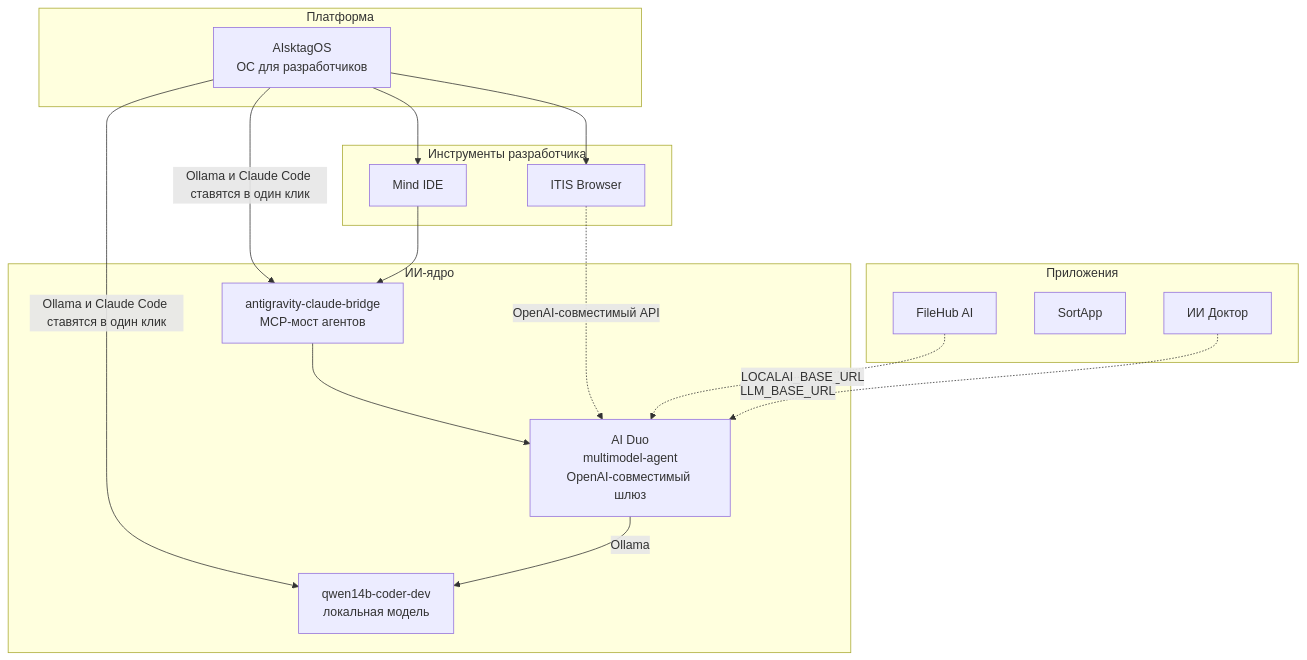
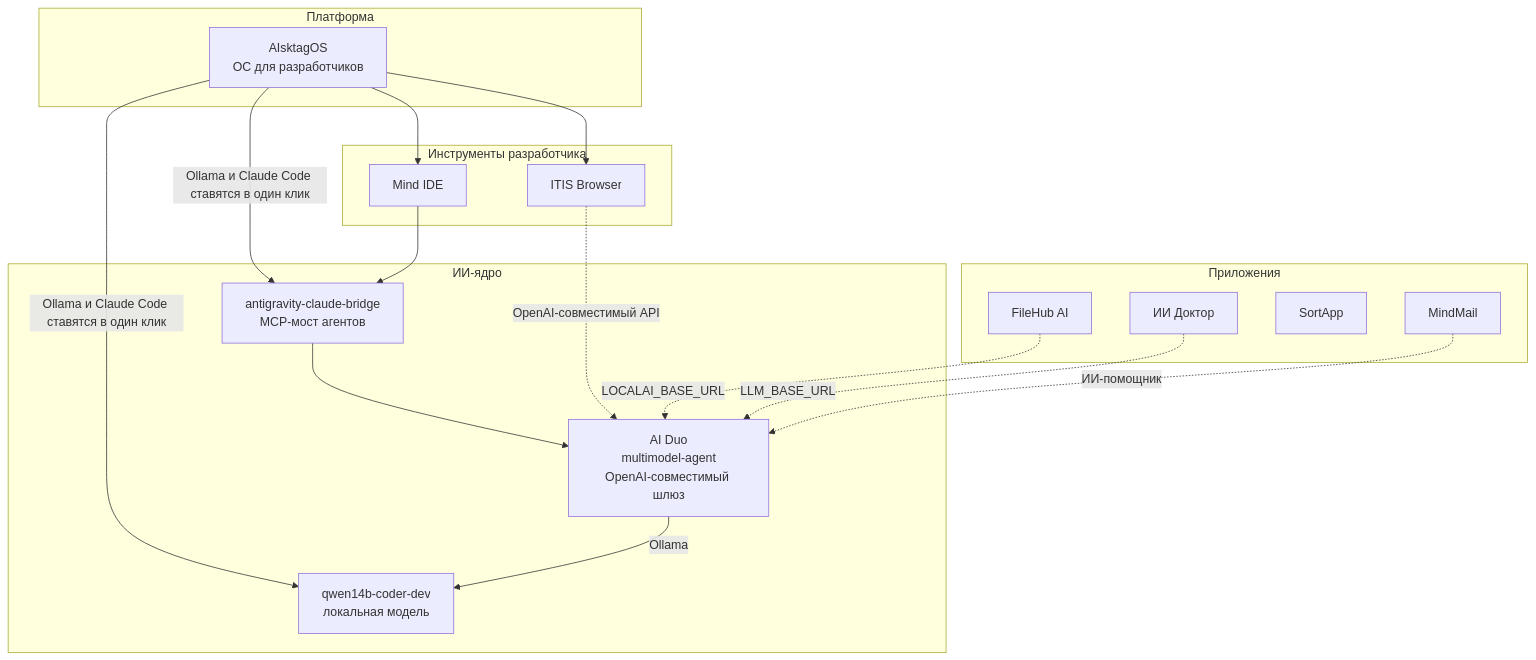
The diagram in README.md (tagiriskaliev18-hash/MindTagSystem), drawn with Mermaid before and after one commit. The commit also changed other lines of this file and 4 other files, not shown here.

First line of the commit message:
MindMail в экосистеме: реестр, README, описание проекта, дорожная карта

````diff
--- a/README.md
+++ b/README.md
@@ -45,29 +46,31 @@
 ```mermaid
 flowchart TB
     subgraph L1["Платформа"]
         OS["AIsktagOS<br/>ОС для разработчиков"]
     end
     subgraph L2["Инструменты разработчика"]
         IDE["Mind IDE"]
         BR["ITIS Browser"]
     end
     subgraph L3["ИИ-ядро"]
         GW["AI Duo<br/>multimodel-agent<br/>OpenAI-совместимый шлюз"]
         BRIDGE["antigravity-claude-bridge<br/>MCP-мост агентов"]
         QWEN["qwen14b-coder-dev<br/>локальная модель"]
     end
     subgraph L4["Приложения"]
+        MM["MindMail"]
         FH["FileHub AI"]
         SA["SortApp"]
         MED["ИИ Доктор"]
     end
 
     OS --> IDE & BR
     OS -- "Ollama и Claude Code ставятся в один клик" --> QWEN & BRIDGE
     IDE --> BRIDGE
     BRIDGE --> GW
     GW -- "Ollama" --> QWEN
     BR -. "OpenAI-совместимый API" .-> GW
     FH -. "LOCALAI_BASE_URL" .-> GW
     MED -. "LLM_BASE_URL" .-> GW
+    MM -. "ИИ-помощник" .-> GW
 ```
````
